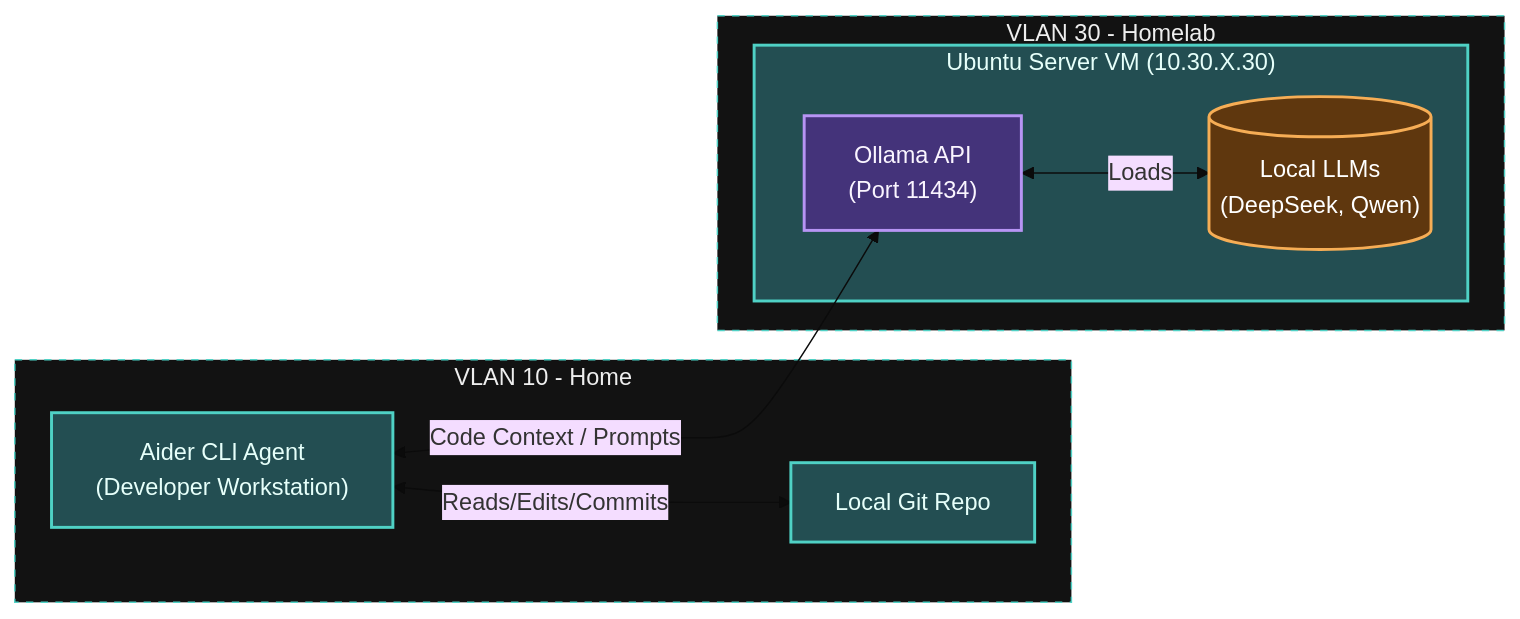
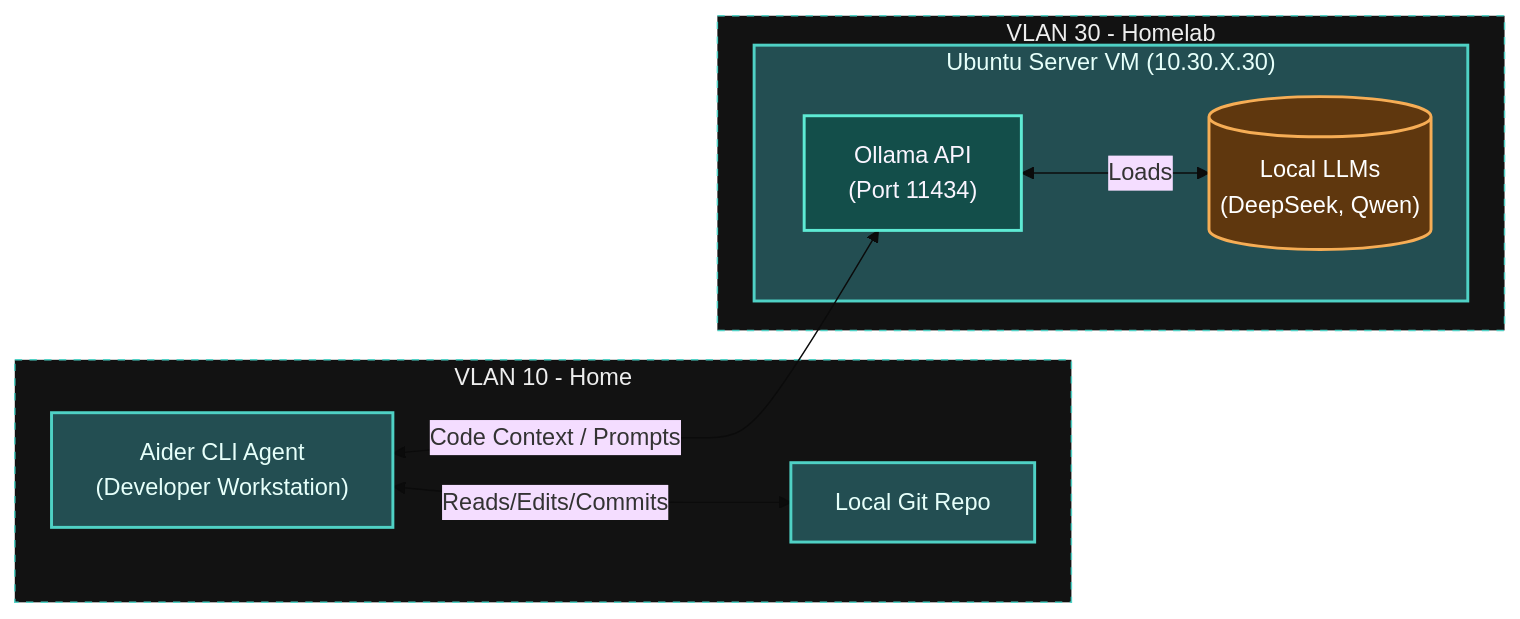
The diagram in content/docs/projects/Local_AI_Coding_Agent.md (moshthesubnet/hugo_website), drawn with Mermaid (base theme) before and after one commit. The commit also changed 10 other files, not shown here.

```diff
--- a/content/docs/projects/Local_AI_Coding_Agent.md
+++ b/content/docs/projects/Local_AI_Coding_Agent.md
@@ -28,32 +28,32 @@
 {{< mermaid >}}
 graph LR
     %% Workstation
     subgraph DevEnv["VLAN 10 - Home"]
         Aider["Aider CLI Agent<br/>(Developer Workstation)"]
         Git["Local Git Repo"]
     end
 
     %% Homelab
     subgraph LabEnv["VLAN 30 - Homelab"]
         subgraph UbuntuVM["Ubuntu Server VM (10.30.X.30)"]
             Ollama["Ollama API<br/>(Port 11434)"]
             Models[("Local LLMs<br/>(DeepSeek, Qwen)")]
         end
     end
 
     %% Connections
     Aider <-->|Code Context / Prompts| Ollama
     Aider <-->|Reads/Edits/Commits| Git
     Ollama <-->|Loads| Models
 
     %% Styling
     classDef vlan fill:#121212,stroke:#4fd1c5,stroke-dasharray: 5 5,color:#eeeeee
     classDef device fill:#234e52,stroke:#4fd1c5,stroke-width:2px,color:#e6fffa
-    classDef service fill:#44337a,stroke:#b794f4,stroke-width:2px,color:#faf5ff
+    classDef service fill:#134e4a,stroke:#5eead4,stroke-width:2px,color:#faf5ff
     classDef storage fill:#5f370e,stroke:#f6ad55,stroke-width:2px,color:#ffffff
 
     class DevEnv,LabEnv vlan
     class Aider,Git,UbuntuVM device
     class Ollama service
     class Models storage
 {{< /mermaid >}}
```
